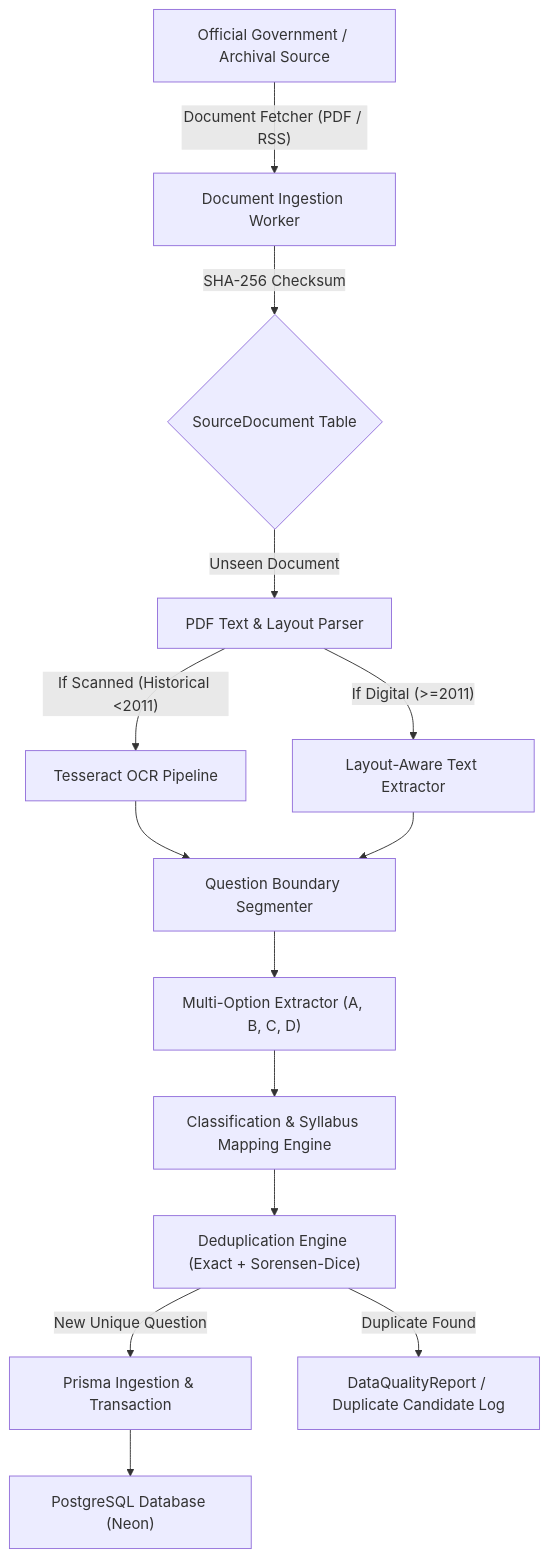
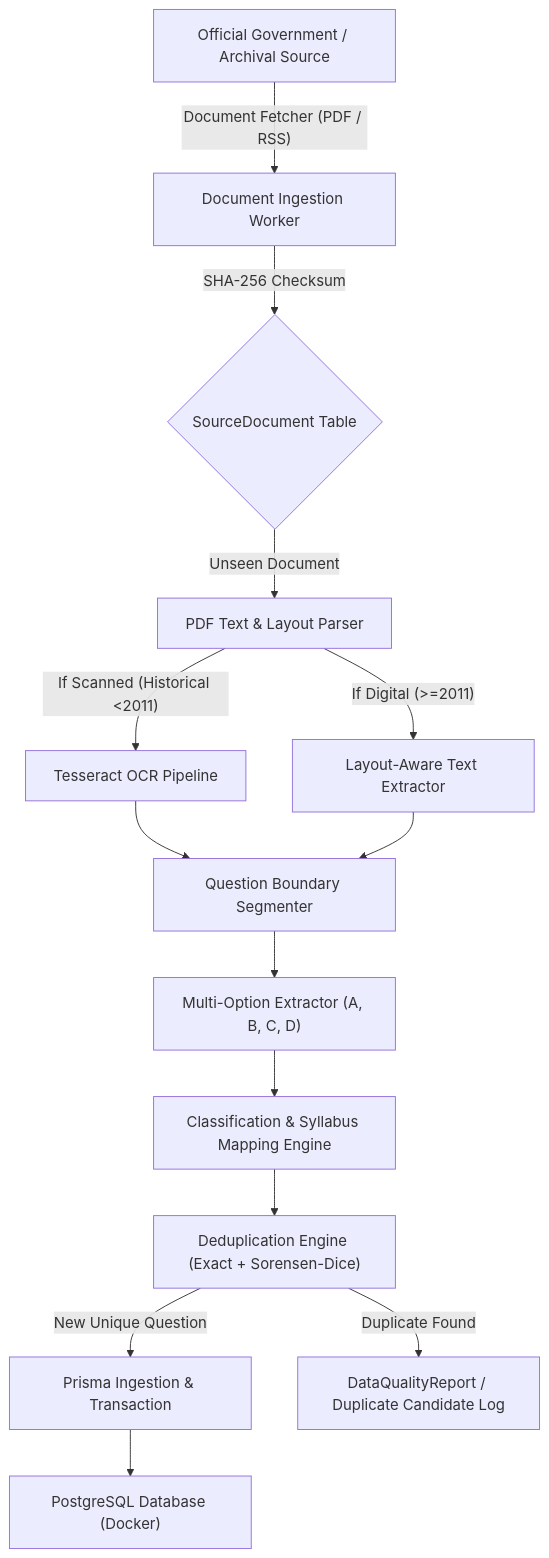
One commit to Aradhy20/pravaah-upsc changed the diagram in docs/data-acquisition/DATA_EXTRACTION_ARCHITECTURE.md. Above: the diagram before and after it, drawn with Mermaid. The commit also changed 30 other files, not shown here.

First line of the commit message:
chore: remove Neon database and establish Docker PostgreSQL as primary database

````diff
--- a/docs/data-acquisition/DATA_EXTRACTION_ARCHITECTURE.md
+++ b/docs/data-acquisition/DATA_EXTRACTION_ARCHITECTURE.md
@@ -7,16 +7,16 @@
 ```mermaid
 flowchart TD
     A["Official Government / Archival Source"] -->|"Document Fetcher (PDF / RSS)"| B["Document Ingestion Worker"]
     B -->|"SHA-256 Checksum"| C{"SourceDocument Table"}
     C -->|"Unseen Document"| D["PDF Text & Layout Parser"]
     D -->|"If Scanned (Historical <2011)"| E["Tesseract OCR Pipeline"]
     D -->|"If Digital (>=2011)"| F["Layout-Aware Text Extractor"]
     E --> G["Question Boundary Segmenter"]
     F --> G
     G --> H["Multi-Option Extractor (A, B, C, D)"]
     H --> I["Classification & Syllabus Mapping Engine"]
     I --> J["Deduplication Engine (Exact + Sorensen-Dice)"]
     J -->|"New Unique Question"| K["Prisma Ingestion & Transaction"]
     J -->|"Duplicate Found"| L["DataQualityReport / Duplicate Candidate Log"]
-    K --> M["PostgreSQL Database (Neon)"]
+    K --> M["PostgreSQL Database (Docker)"]
 ```
````
